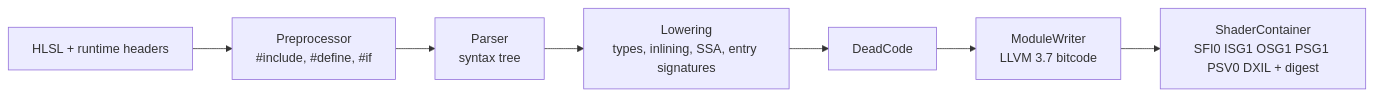
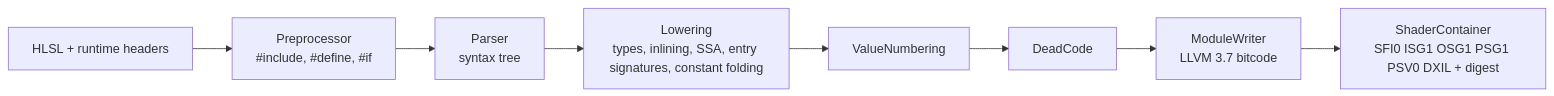
Before and after one commit to ThatRecompDev/five-star-recomp: the diagram in docs/dxil-backend.md, drawn with Mermaid. The commit also changed other lines of this file and 10 other files, not shown here.

Commit message:
DXIL backend: constant folding while lowering and value numbering over the dominator tree (20-25% less DXIL on the largest programs)

````diff
--- a/docs/dxil-backend.md
+++ b/docs/dxil-backend.md
@@ -32,9 +32,10 @@
 ```mermaid
 flowchart LR
   hlsl["HLSL + runtime headers"] --> pre["Preprocessor<br/>#include, #define, #if"]
   pre --> parse["Parser<br/>syntax tree"]
-  parse --> lower["Lowering<br/>types, inlining, SSA, entry signatures"]
-  lower --> dce["DeadCode"]
+  parse --> lower["Lowering<br/>types, inlining, SSA, entry signatures, constant folding"]
+  lower --> gvn["ValueNumbering"]
+  gvn --> dce["DeadCode"]
   dce --> write["ModuleWriter<br/>LLVM 3.7 bitcode"]
   write --> container["ShaderContainer<br/>SFI0 ISG1 OSG1 PSG1 PSV0 DXIL + digest"]
 ```
````
